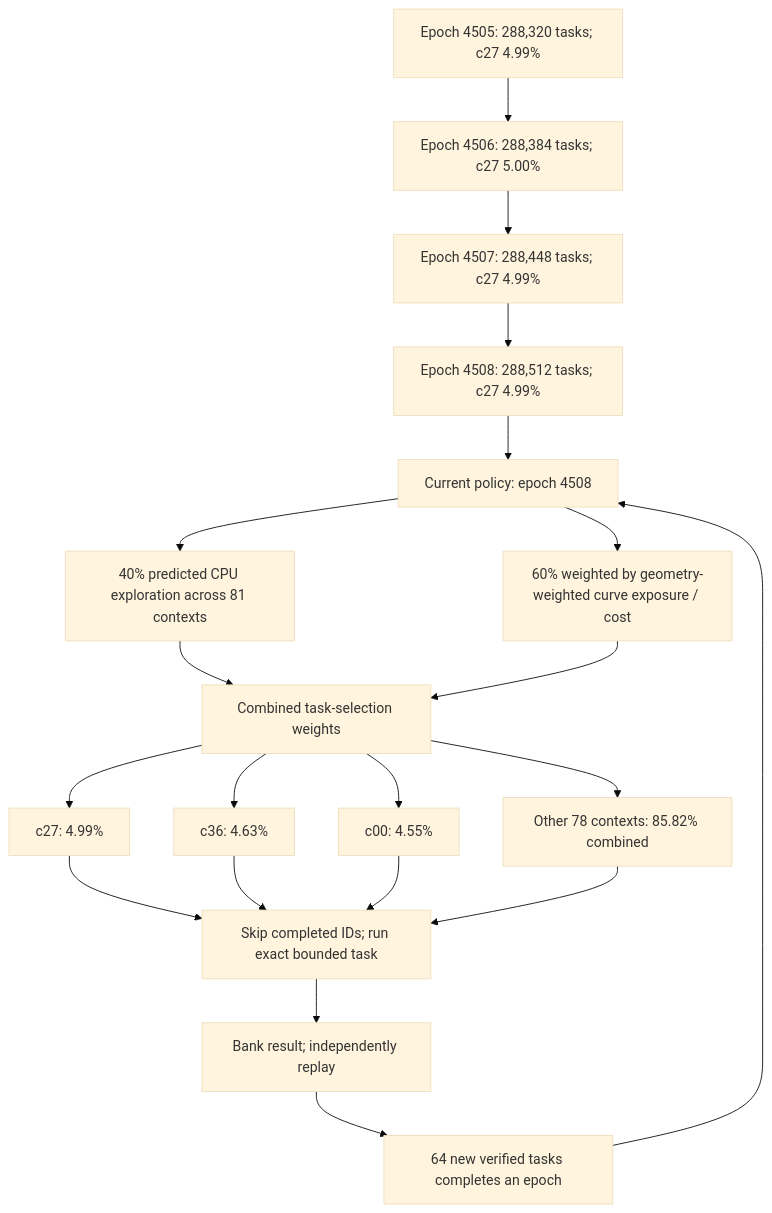
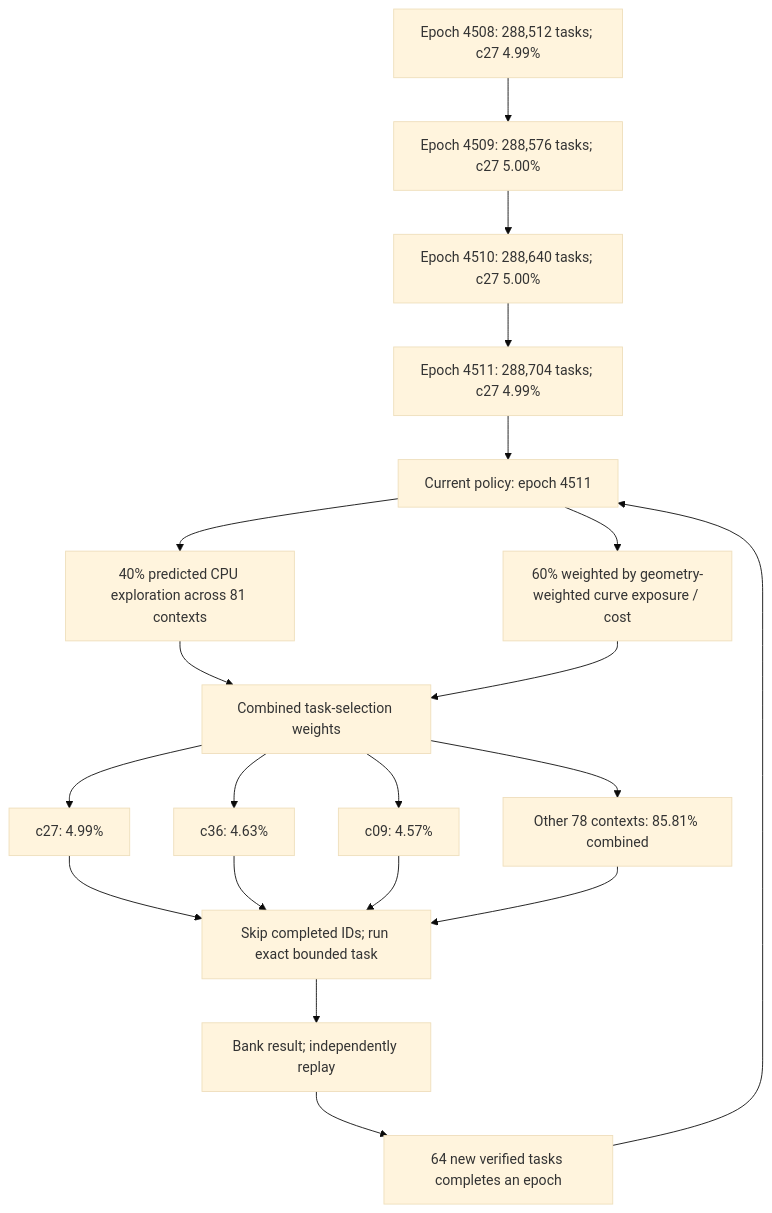
The first of 3 diagrams in README.md (Kuberwastaken/math-gambling), drawn with Mermaid (base theme) before and after one commit. The commit also changed other lines of this file and 2862 other files, not shown here.

````diff
--- a/README.md
+++ b/README.md
@@ -60,27 +60,27 @@
 ```mermaid
 flowchart TD
-    H0["Epoch 4505: 288,320 tasks; c27 4.99%"]
-    H1["Epoch 4506: 288,384 tasks; c27 5.00%"]
+    H0["Epoch 4508: 288,512 tasks; c27 4.99%"]
+    H1["Epoch 4509: 288,576 tasks; c27 5.00%"]
     H0 --> H1
-    H2["Epoch 4507: 288,448 tasks; c27 4.99%"]
+    H2["Epoch 4510: 288,640 tasks; c27 5.00%"]
     H1 --> H2
-    H3["Epoch 4508: 288,512 tasks; c27 4.99%"]
+    H3["Epoch 4511: 288,704 tasks; c27 4.99%"]
     H2 --> H3
-    Policy["Current policy: epoch 4508"]
+    Policy["Current policy: epoch 4511"]
     H3 --> Policy
     Policy --> Explore["40% predicted CPU exploration across 81 contexts"]
     Policy --> Cost["60% weighted by geometry-weighted curve exposure / cost"]
     Explore --> Mix["Combined task-selection weights"]
     Cost --> Mix
     Mix --> C0["c27: 4.99%"]
     Mix --> C1["c36: 4.63%"]
-    Mix --> C2["c00: 4.55%"]
-    Mix --> Rest["Other 78 contexts: 85.82% combined"]
+    Mix --> C2["c09: 4.57%"]
+    Mix --> Rest["Other 78 contexts: 85.81% combined"]
     C0 --> Check["Skip completed IDs; run exact bounded task"]
     C1 --> Check
     C2 --> Check
     Rest --> Check
     Check --> Replay["Bank result; independently replay"]
     Replay --> Gate["64 new verified tasks completes an epoch"]
     Gate --> Policy
 ```
````
